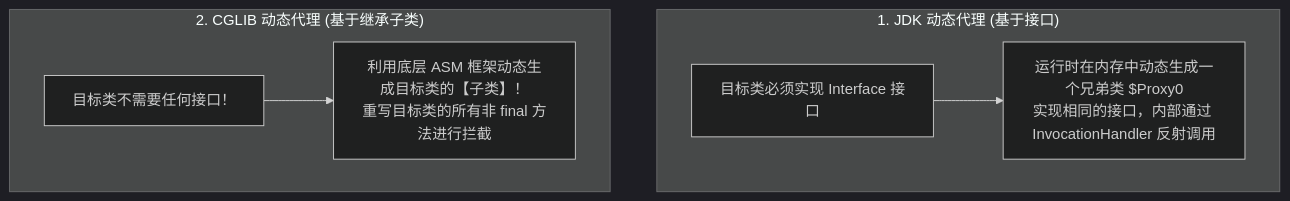
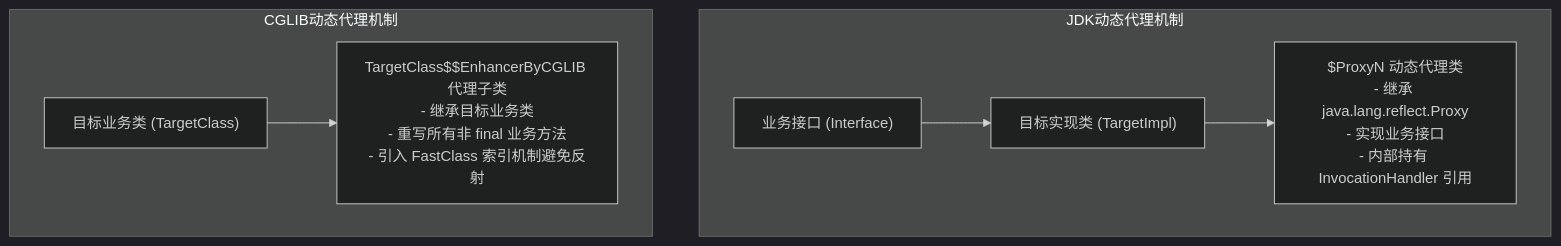
The second of 3 diagrams in 20-Java后端/04-Spring生态/02-AOP原理与应用.md (GuoWWWX/knowledge-base), drawn with Mermaid (dark theme) before and after one commit. The commit also changed other lines of this file and 234 other files, not shown here.

````diff
--- a/20-Java后端/04-Spring生态/02-AOP原理与应用.md
+++ b/20-Java后端/04-Spring生态/02-AOP原理与应用.md
@@ -88,10 +70,11 @@
 ```mermaid
 flowchart TD
-    subgraph JDK["1. JDK 动态代理 (基于接口)"]
-        J1["目标类必须实现 Interface 接口"] --> J2["运行时在内存中动态生成一个兄弟类 $Proxy0<br/>实现相同的接口，内部通过 InvocationHandler 反射调用"]
+    subgraph JDK动态代理机制
+        J_Intf["业务接口 (Interface)"] --> J_Target["目标实现类 (TargetImpl)"]
+        J_Target --> J_Proxy["$ProxyN 动态代理类<br/>- 继承 java.lang.reflect.Proxy<br/>- 实现业务接口<br/>- 内部持有 InvocationHandler 引用"]
     end
 
-    subgraph CGLIB["2. CGLIB 动态代理 (基于继承子类)"]
-        C1["目标类不需要任何接口！"] --> C2["利用底层 ASM 框架动态生成目标类的【子类】！<br/>重写目标类的所有非 final 方法进行拦截"]
+    subgraph CGLIB动态代理机制
+        C_Target["目标业务类 (TargetClass)"] --> C_Proxy["TargetClass$$EnhancerByCGLIB 代理子类<br/>- 继承目标业务类<br/>- 重写所有非 final 业务方法<br/>- 引入 FastClass 索引机制避免反射"]
     end
 ```
````
